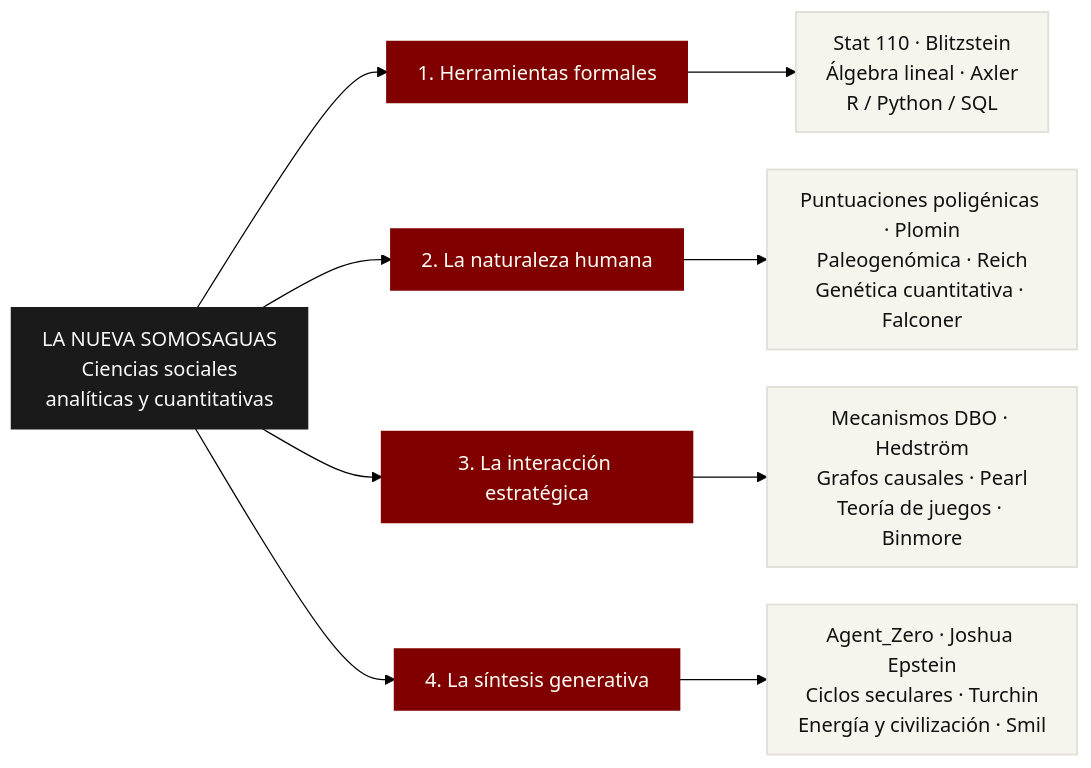
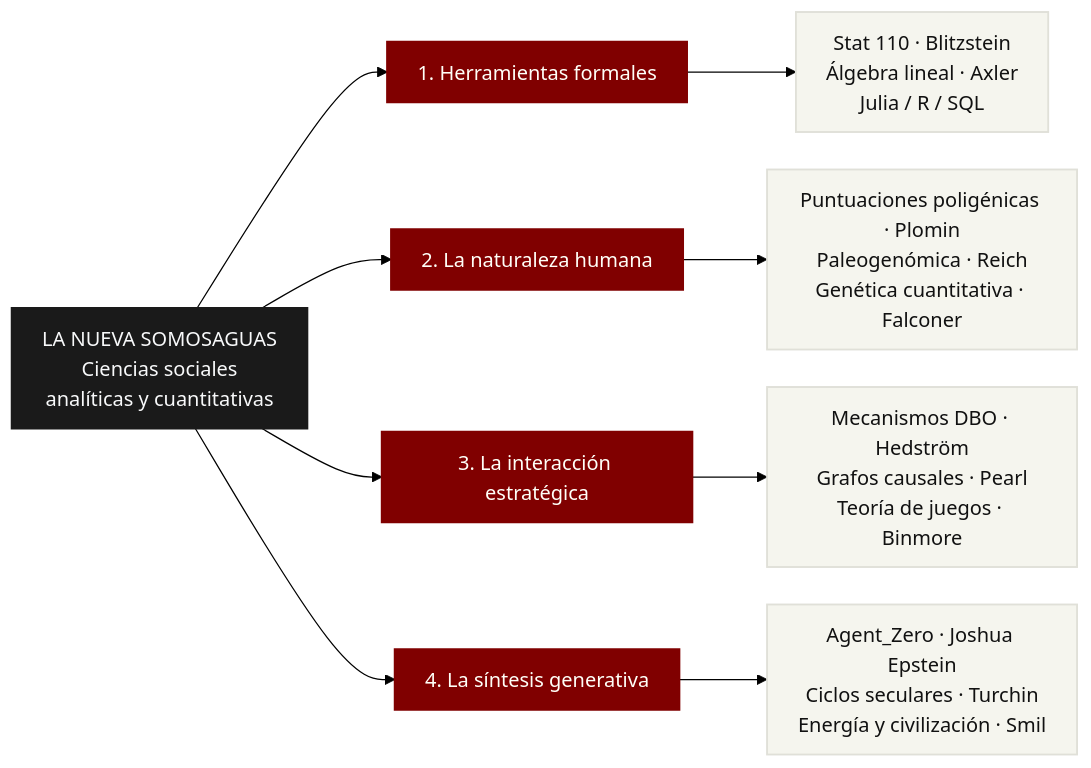
Before and after one commit to danielgccr/nuevasomosaguas: the diagram in index.qmd, drawn with Mermaid (forest theme). The commit also changed other lines of this file and 15 other files, not shown here.

````diff
--- a/index.qmd
+++ b/index.qmd
@@ -30,26 +30,26 @@
 ```{mermaid}
 %%| label: fig-pilares
 %%| fig-cap: "Los cuatro pilares de la consiliencia y sus referencias fundacionales."
 
 %%{init: {"flowchart": {"htmlLabels": false, "nodeSpacing": 30, "rankSpacing": 60, "padding": 12, "useMaxWidth": true}}}%%
 flowchart LR
     NS["LA NUEVA SOMOSAGUAS<br/>Ciencias sociales<br/>analíticas y cuantitativas"]
 
     NS --> P1["1. Herramientas formales"]
     NS --> P2["2. La naturaleza humana"]
     NS --> P3["3. La interacción estratégica"]
     NS --> P4["4. La síntesis generativa"]
 
-    P1 --> R1["Stat 110 · Blitzstein<br/>Álgebra lineal · Axler<br/>R / Python / SQL"]
+    P1 --> R1["Stat 110 · Blitzstein<br/>Álgebra lineal · Axler<br/>Julia / R / SQL"]
     P2 --> R2["Puntuaciones poligénicas · Plomin<br/>Paleogenómica · Reich<br/>Genética cuantitativa · Falconer"]
     P3 --> R3["Mecanismos DBO · Hedström<br/>Grafos causales · Pearl<br/>Teoría de juegos · Binmore"]
     P4 --> R4["Agent_Zero · Joshua Epstein<br/>Ciclos seculares · Turchin<br/>Energía y civilización · Smil"]
 
     classDef raiz fill:#1a1a1a,stroke:#1a1a1a,stroke-width:2px,color:#f8f9fa
     classDef pilar fill:#800000,stroke:#800000,stroke-width:2px,color:#fffff8
     classDef ref fill:#f5f5ee,stroke:#e0e0d8,stroke-width:1.5px,color:#111111
 
     class NS raiz
     class P1,P2,P3,P4 pilar
     class R1,R2,R3,R4 ref
 ```
````
